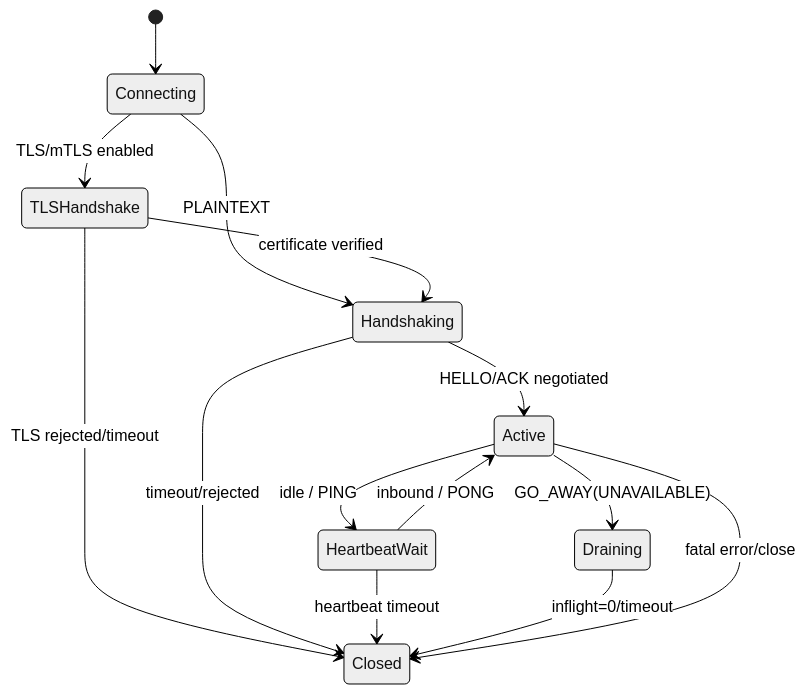
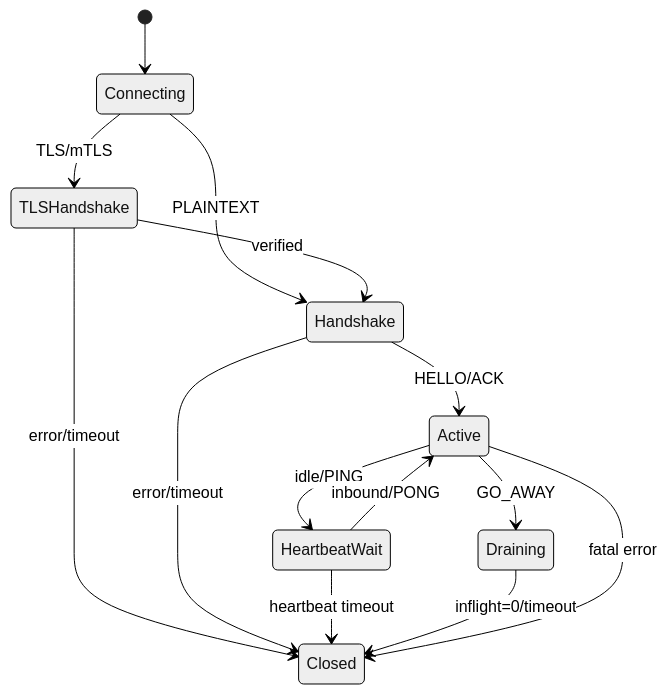
Before and after one commit to Ryan-Guizhou/peach-rpc: the third of 3 diagrams in docs/architecture.md, drawn with Mermaid (neutral theme). The commit also changed other lines of this file, not shown here.

Commit message:
docs: align docs/architecture.md with 1.0 GA

````diff
--- a/docs/architecture.md
+++ b/docs/architecture.md
@@ -109,16 +160,16 @@
 ```mermaid
 stateDiagram-v2
     [*] --> Connecting
-    Connecting --> TLSHandshake: TLS/mTLS enabled
-    Connecting --> Handshaking: PLAINTEXT
-    TLSHandshake --> Handshaking: certificate verified
-    TLSHandshake --> Closed: TLS rejected/timeout
-    Handshaking --> Active: HELLO/ACK negotiated
-    Handshaking --> Closed: timeout/rejected
-    Active --> HeartbeatWait: idle / PING
-    HeartbeatWait --> Active: inbound / PONG
+    Connecting --> TLSHandshake: TLS/mTLS
+    Connecting --> Handshake: PLAINTEXT
+    TLSHandshake --> Handshake: verified
+    TLSHandshake --> Closed: error/timeout
+    Handshake --> Active: HELLO/ACK
+    Handshake --> Closed: error/timeout
+    Active --> HeartbeatWait: idle/PING
+    HeartbeatWait --> Active: inbound/PONG
     HeartbeatWait --> Closed: heartbeat timeout
-    Active --> Draining: GO_AWAY(UNAVAILABLE)
+    Active --> Draining: GO_AWAY
     Draining --> Closed: inflight=0/timeout
-    Active --> Closed: fatal error/close
+    Active --> Closed: fatal error
 ```
````
